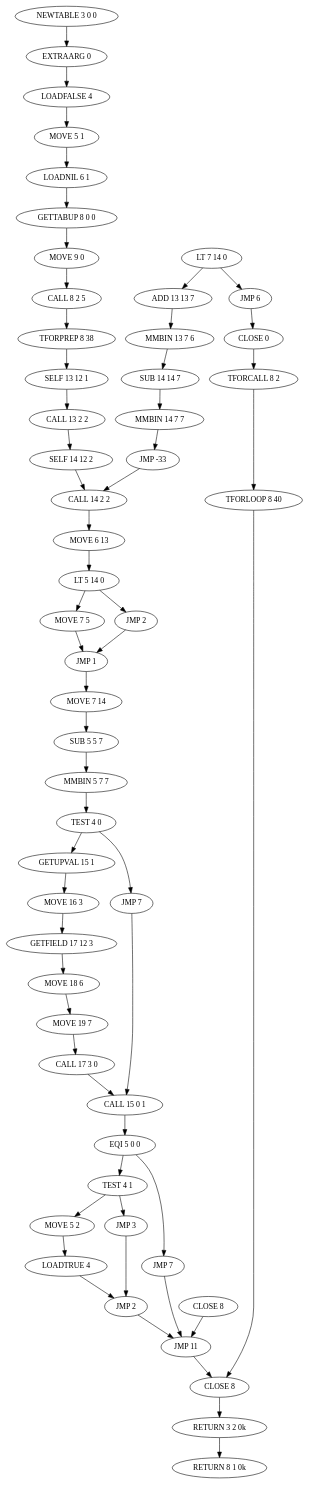
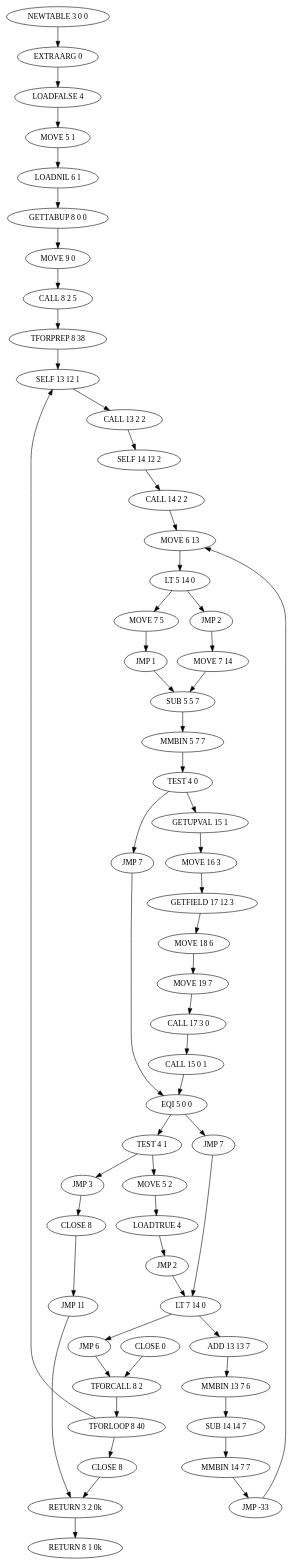
The diagram in callgraph.dot (martin-eden/Lua-Callgraph), drawn with Graphviz before and after one commit. The commit also changed 2 other files, not shown here.

```diff
--- a/callgraph.dot
+++ b/callgraph.dot
@@ -1,112 +1,113 @@
 digraph CallGraph
 {
   "01" [label="NEWTABLE 3 0 0"];
   "02" [label="EXTRAARG 0"];
   "03" [label="LOADFALSE 4"];
   "04" [label="MOVE 5 1"];
   "05" [label="LOADNIL 6 1"];
   "06" [label="GETTABUP 8 0 0"];
   "07" [label="MOVE 9 0"];
   "08" [label="CALL 8 2 5"];
   "09" [label="TFORPREP 8 38"];
   "10" [label="SELF 13 12 1"];
   "11" [label="CALL 13 2 2"];
   "12" [label="SELF 14 12 2"];
   "13" [label="CALL 14 2 2"];
   "14" [label="MOVE 6 13"];
   "15" [label="LT 5 14 0"];
   "16" [label="JMP 2"];
   "17" [label="MOVE 7 5"];
   "18" [label="JMP 1"];
   "19" [label="MOVE 7 14"];
   "20" [label="SUB 5 5 7"];
   "21" [label="MMBIN 5 7 7"];
   "22" [label="TEST 4 0"];
   "23" [label="JMP 7"];
   "24" [label="GETUPVAL 15 1"];
   "25" [label="MOVE 16 3"];
   "26" [label="GETFIELD 17 12 3"];
   "27" [label="MOVE 18 6"];
   "28" [label="MOVE 19 7"];
   "29" [label="CALL 17 3 0"];
   "30" [label="CALL 15 0 1"];
   "31" [label="EQI 5 0 0"];
   "32" [label="JMP 7"];
   "33" [label="TEST 4 1"];
   "34" [label="JMP 3"];
   "35" [label="MOVE 5 2"];
   "36" [label="LOADTRUE 4"];
   "37" [label="JMP 2"];
   "38" [label="CLOSE 8"];
   "39" [label="JMP 11"];
   "40" [label="LT 7 14 0"];
   "41" [label="JMP 6"];
   "42" [label="ADD 13 13 7"];
   "43" [label="MMBIN 13 7 6"];
   "44" [label="SUB 14 14 7"];
   "45" [label="MMBIN 14 7 7"];
   "46" [label="JMP -33"];
   "47" [label="CLOSE 0"];
   "48" [label="TFORCALL 8 2"];
   "49" [label="TFORLOOP 8 40"];
   "50" [label="CLOSE 8"];
   "51" [label="RETURN 3 2 0k"];
   "52" [label="RETURN 8 1 0k"];
 
   "01" -> "02"
   "02" -> "03"
   "03" -> "04"
   "04" -> "05"
   "05" -> "06"
   "06" -> "07"
   "07" -> "08"
   "08" -> "09"
   "09" -> "10"
   "10" -> "11"
   "11" -> "12"
   "12" -> "13"
   "13" -> "14"
   "14" -> "15"
   "15" -> "16"
   "15" -> "17"
-  "16" -> "18"
+  "16" -> "19"
   "17" -> "18"
-  "18" -> "19"
+  "18" -> "20"
   "19" -> "20"
   "20" -> "21"
   "21" -> "22"
   "22" -> "23"
   "22" -> "24"
-  "23" -> "30"
+  "23" -> "31"
   "24" -> "25"
   "25" -> "26"
   "26" -> "27"
   "27" -> "28"
   "28" -> "29"
   "29" -> "30"
   "30" -> "31"
   "31" -> "32"
   "31" -> "33"
-  "32" -> "39"
+  "32" -> "40"
   "33" -> "34"
   "33" -> "35"
-  "34" -> "37"
+  "34" -> "38"
   "35" -> "36"
   "36" -> "37"
-  "37" -> "39"
+  "37" -> "40"
   "38" -> "39"
-  "39" -> "50"
+  "39" -> "51"
   "40" -> "41"
   "40" -> "42"
-  "41" -> "47"
+  "41" -> "48"
   "42" -> "43"
   "43" -> "44"
   "44" -> "45"
   "45" -> "46"
-  "46" -> "13"
+  "46" -> "14"
   "47" -> "48"
   "48" -> "49"
   "49" -> "50"
+  "49" -> "10"
   "50" -> "51"
   "51" -> "52"
 }
```
